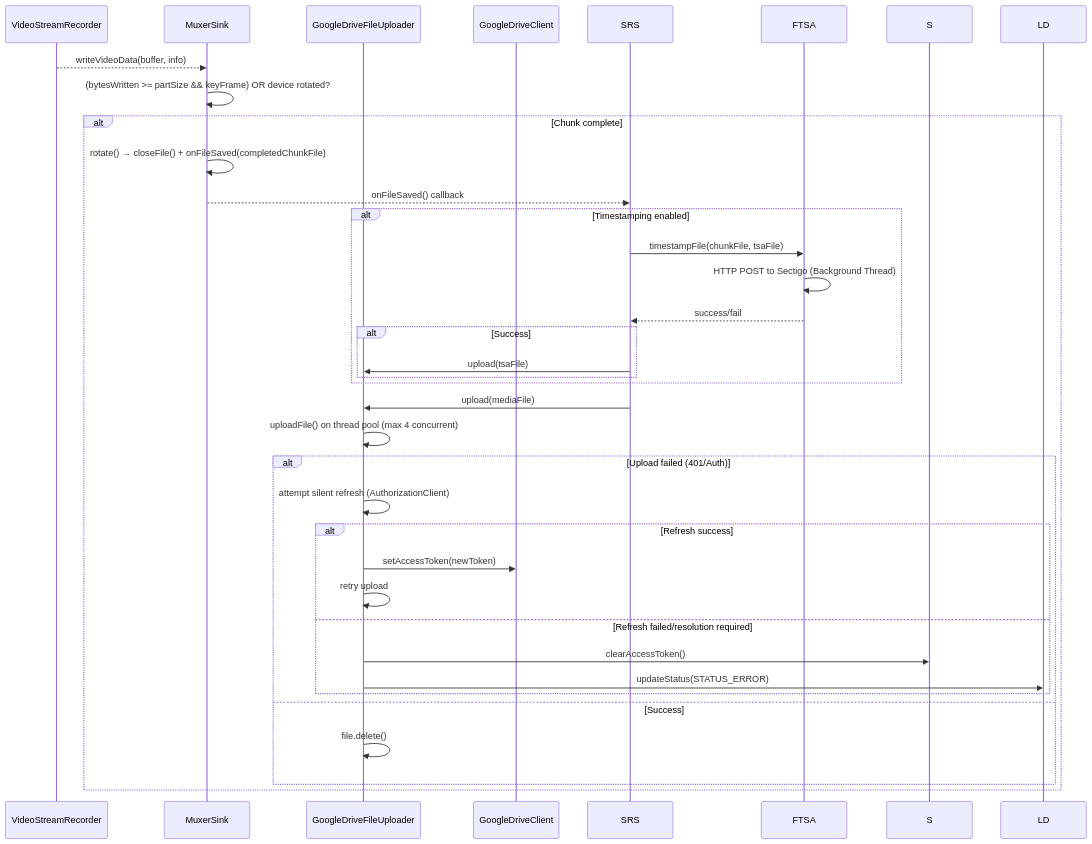
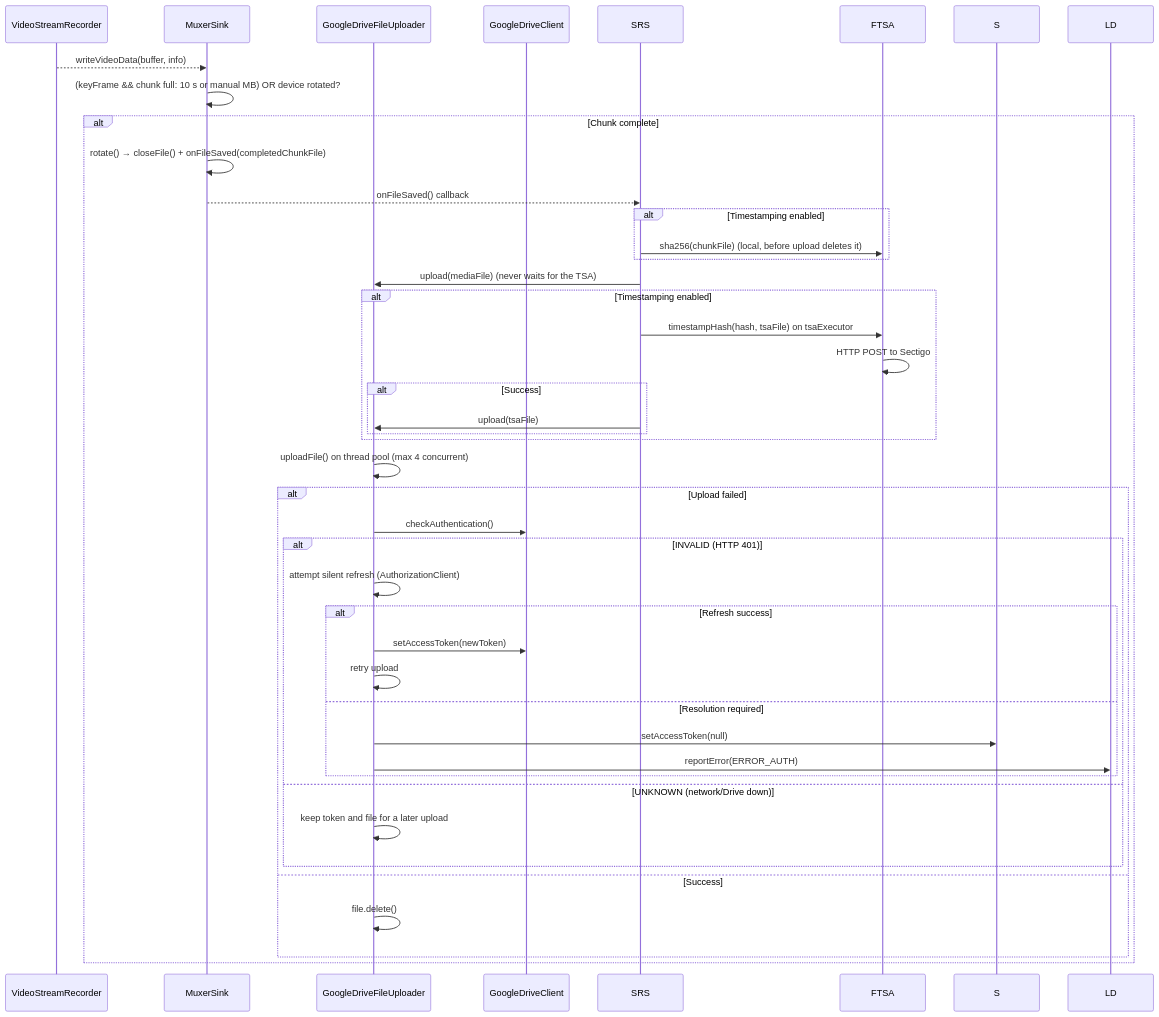
One commit to ark3us/saferec changed the third of 4 diagrams in AGENTS.md. Above: the diagram before and after it, drawn with Mermaid. The commit also changed other lines of this file, not shown here.

````diff
--- a/AGENTS.md
+++ b/AGENTS.md
@@ -151,36 +163,43 @@
 ```mermaid
 sequenceDiagram
     participant VSR as VideoStreamRecorder
     participant MS as MuxerSink
     participant GDFU as GoogleDriveFileUploader
     participant GDC as GoogleDriveClient
 
     VSR-->>MS: writeVideoData(buffer, info)
-    MS->>MS: (bytesWritten >= partSize && keyFrame) OR device rotated?
+    MS->>MS: (keyFrame && chunk full: 10 s or manual MB) OR device rotated?
     alt Chunk complete
         MS->>MS: rotate() → closeFile() + onFileSaved(completedChunkFile)
         MS-->>SRS: onFileSaved() callback
         alt Timestamping enabled
-            SRS->>FTSA: timestampFile(chunkFile, tsaFile)
-            FTSA->>FTSA: HTTP POST to Sectigo (Background Thread)
-            FTSA-->>SRS: success/fail
+            SRS->>FTSA: sha256(chunkFile) (local, before upload deletes it)
+        end
+        SRS->>GDFU: upload(mediaFile) (never waits for the TSA)
+        alt Timestamping enabled
+            SRS->>FTSA: timestampHash(hash, tsaFile) on tsaExecutor
+            FTSA->>FTSA: HTTP POST to Sectigo
             alt Success
                 SRS->>GDFU: upload(tsaFile)
             end
         end
-        SRS->>GDFU: upload(mediaFile)
         GDFU->>GDFU: uploadFile() on thread pool (max 4 concurrent)
-        alt Upload failed (401/Auth)
-            GDFU->>GDFU: attempt silent refresh (AuthorizationClient)
-            alt Refresh success
-                GDFU->>GDC: setAccessToken(newToken)
-                GDFU->>GDFU: retry upload
-            else Refresh failed/resolution required
-                GDFU->>S: clearAccessToken()
-                GDFU->>LD: updateStatus(STATUS_ERROR)
+        alt Upload failed
+            GDFU->>GDC: checkAuthentication()
+            alt INVALID (HTTP 401)
+                GDFU->>GDFU: attempt silent refresh (AuthorizationClient)
+                alt Refresh success
+                    GDFU->>GDC: setAccessToken(newToken)
+                    GDFU->>GDFU: retry upload
+                else Resolution required
+                    GDFU->>S: setAccessToken(null)
+                    GDFU->>LD: reportError(ERROR_AUTH)
+                end
+            else UNKNOWN (network/Drive down)
+                GDFU->>GDFU: keep token and file for a later upload
             end
         else Success
             GDFU->>GDFU: file.delete()
         end
     end
 ```
````
